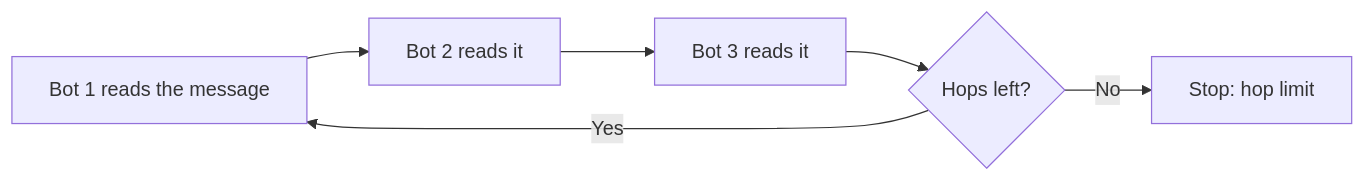
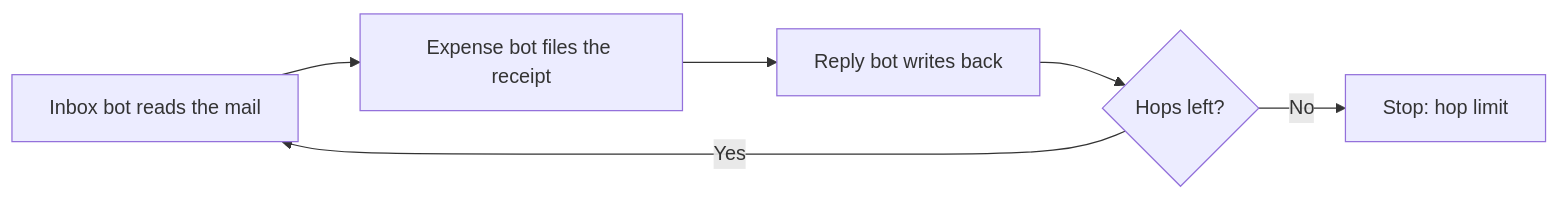
The diagram in docs/labs/33-handoffs.md (learnwithparam/agentic-ai-live-labs), drawn with Mermaid before and after one commit. The commit also changed other lines of this file and 46 other files, not shown here.

````diff
--- a/docs/labs/33-handoffs.md
+++ b/docs/labs/33-handoffs.md
@@ -7,8 +7,8 @@
 ```mermaid
 flowchart LR
-  A["Bot 1 reads the message"] --> B["Bot 2 reads it"]
-  B --> C["Bot 3 reads it"]
+  A["Inbox bot reads the mail"] --> B["Expense bot files the receipt"]
+  B --> C["Reply bot writes back"]
   C --> D{"Hops left?"}
   D -->|"Yes"| A
   D -->|"No"| X["Stop: hop limit"]
 ```
````
